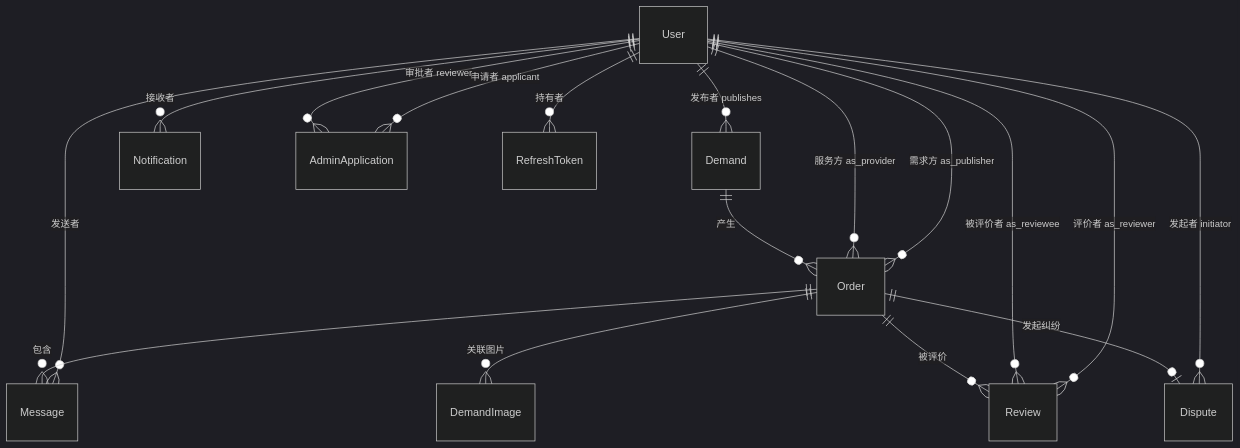
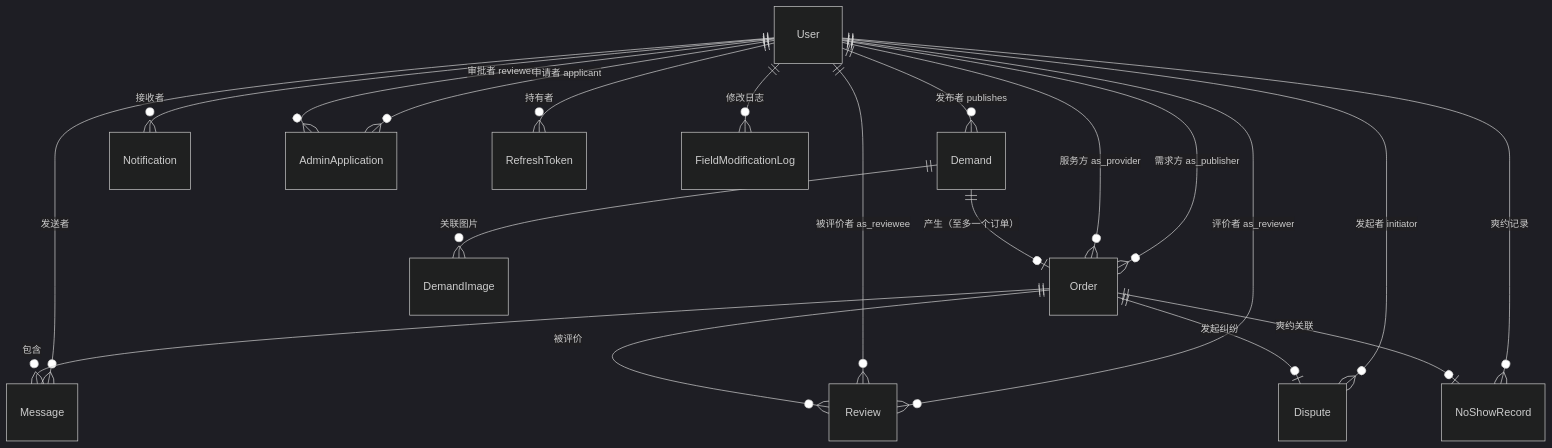
The first of 2 diagrams in docs/P3/数据库设计-ER图.md (Richardo11chen/SEC-II-CampusHub), drawn with Mermaid (dark theme) before and after one commit. The commit also changed other lines of this file and 6 other files, not shown here.

First line of the commit message:
docs: 修复 P3 所有文档与实际代码的差异 — Mermaid 类图/ER图/api-spec

````diff
--- a/docs/P3/数据库设计-ER图.md
+++ b/docs/P3/数据库设计-ER图.md
@@ -13,19 +13,22 @@
 ```mermaid
 erDiagram
     User ||--o{ Demand : "发布者 publishes"
     User ||--o{ Order : "需求方 as_publisher"
     User ||--o{ Order : "服务方 as_provider"
     User ||--o{ Review : "评价者 as_reviewer"
     User ||--o{ Review : "被评价者 as_reviewee"
     User ||--o{ Notification : "接收者"
     User ||--o{ Message : "发送者"
     User ||--o{ Dispute : "发起者 initiator"
     User ||--o{ AdminApplication : "申请者 applicant"
     User ||--o{ AdminApplication : "审批者 reviewer"
     User ||--o{ RefreshToken : "持有者"
-    Demand ||--o{ Order : "产生"
+    User ||--o{ NoShowRecord : "爽约记录"
+    User ||--o{ FieldModificationLog : "修改日志"
+    Demand ||--o| Order : "产生（至多一个订单）"
+    Demand ||--o{ DemandImage : "关联图片"
     Order ||--o{ Message : "包含"
     Order ||--o{ Review : "被评价"
     Order ||--o| Dispute : "发起纠纷"
-    Order ||--o{ DemandImage : "关联图片"
+    Order ||--o| NoShowRecord : "爽约关联"
 ```
````
